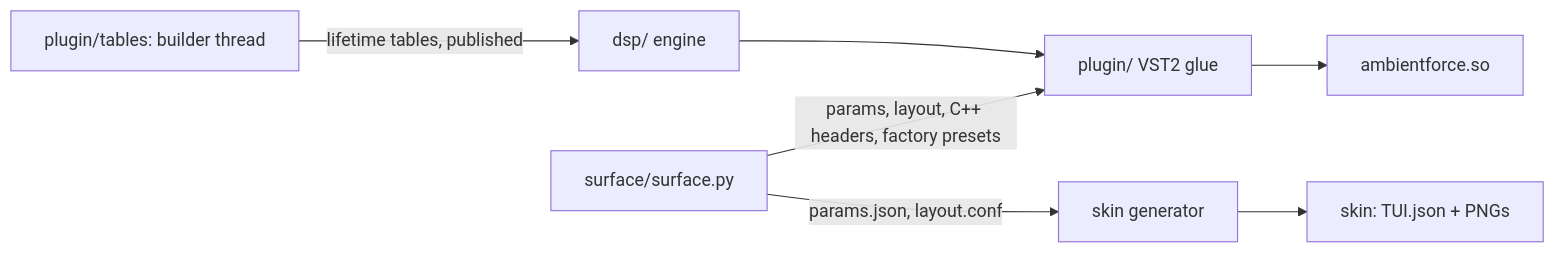
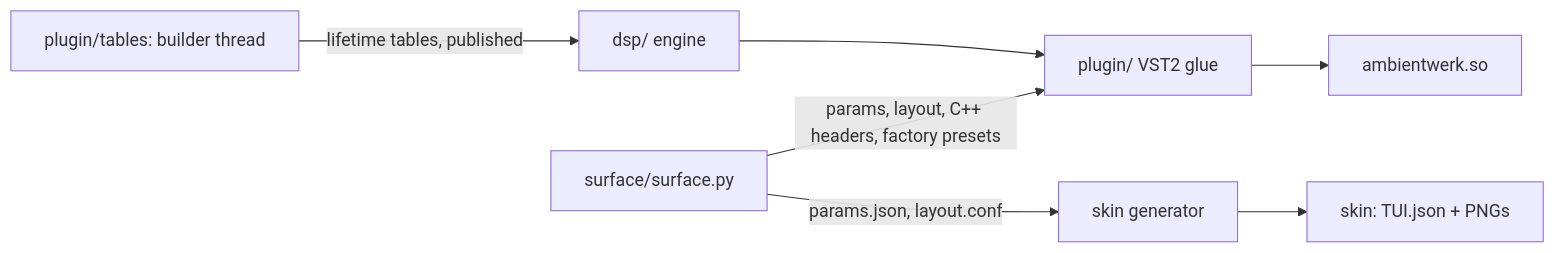
Before and after one commit to Devko/AmbientForce: the first of 2 diagrams in docs/ARCHITECTURE.md, drawn with Mermaid. The commit also changed other lines of this file and 137 other files, not shown here.

````diff
--- a/docs/ARCHITECTURE.md
+++ b/docs/ARCHITECTURE.md
@@ -22,8 +22,8 @@
 ```mermaid
 flowchart LR
   S[surface/surface.py] -->|params, layout, C++ headers, factory presets| P[plugin/ VST2 glue]
   S -->|params.json, layout.conf| G[skin generator] --> K[skin: TUI.json + PNGs]
   D[dsp/ engine] --> P
   T[plugin/tables: builder thread] -->|lifetime tables, published| D
-  P --> SO[ambientforce.so]
+  P --> SO[ambientwerk.so]
 ```
````
